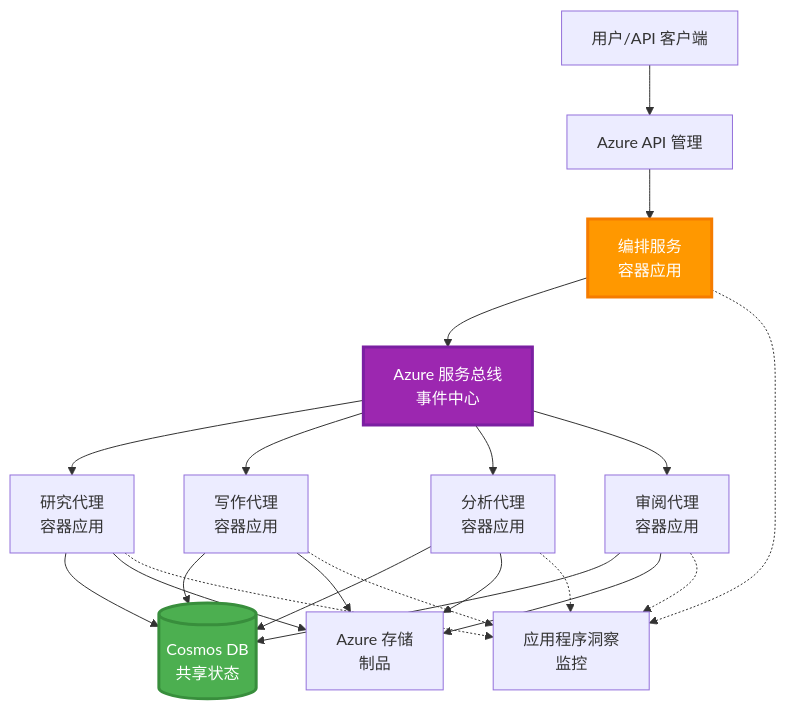
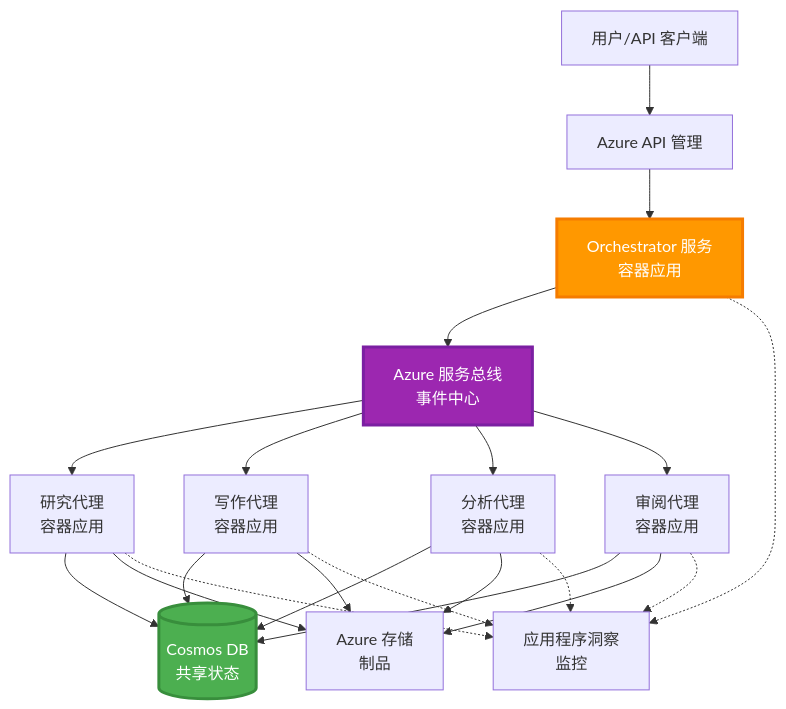
One commit to microsoft/AZD-for-beginners changed the sixth of 6 diagrams in translations/zh-CN/docs/chapter-06-pre-deployment/coordination-patterns.md. Above: the diagram before and after it, drawn with Mermaid. The commit also changed other lines of this file and 101 other files, not shown here.

````diff
--- a/translations/zh-CN/docs/chapter-06-pre-deployment/coordination-patterns.md
+++ b/translations/zh-CN/docs/chapter-06-pre-deployment/coordination-patterns.md
@@ -271,45 +266,45 @@
 ```mermaid
 graph TB
     User[用户/API 客户端]
     APIM[Azure API 管理]
-    Orchestrator[编排服务<br/>容器应用]
+    Orchestrator[Orchestrator 服务<br/>容器应用]
     ServiceBus[Azure 服务总线<br/>事件中心]
     
     Agent1[研究代理<br/>容器应用]
     Agent2[写作代理<br/>容器应用]
     Agent3[分析代理<br/>容器应用]
     Agent4[审阅代理<br/>容器应用]
     
     CosmosDB[(Cosmos DB<br/>共享状态)]
     Storage[Azure 存储<br/>制品]
     AppInsights[应用程序洞察<br/>监控]
     
     User --> APIM
     APIM --> Orchestrator
     
     Orchestrator --> ServiceBus
     ServiceBus --> Agent1
     ServiceBus --> Agent2
     ServiceBus --> Agent3
     ServiceBus --> Agent4
     
     Agent1 --> CosmosDB
     Agent2 --> CosmosDB
     Agent3 --> CosmosDB
     Agent4 --> CosmosDB
     
     Agent1 --> Storage
     Agent2 --> Storage
     Agent3 --> Storage
     Agent4 --> Storage
     
     Orchestrator -.-> AppInsights
     Agent1 -.-> AppInsights
     Agent2 -.-> AppInsights
     Agent3 -.-> AppInsights
     Agent4 -.-> AppInsights
     
     style Orchestrator fill:#FF9800,stroke:#F57C00,stroke-width:3px,color:#fff
     style ServiceBus fill:#9C27B0,stroke:#7B1FA2,stroke-width:3px,color:#fff
     style CosmosDB fill:#4CAF50,stroke:#388E3C,stroke-width:3px,color:#fff
 ```
````
